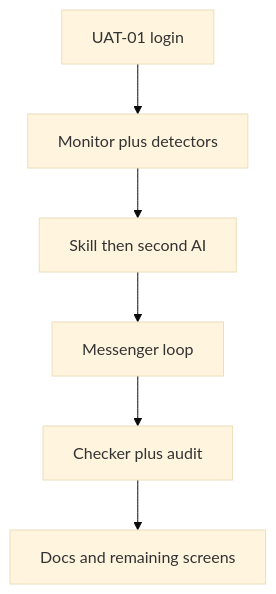
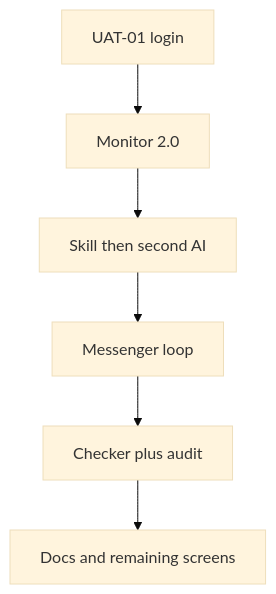
The diagram in platform/docs/UAT.md (hxyan2020/PRD), drawn with Mermaid (base theme) before and after one commit. The commit also changed other lines of this file and 2 other files, not shown here.

First line of the commit message:
Retarget UAT cases to Realtime Alert & Tracker and Monitor 2.0

````diff
--- a/platform/docs/UAT.md
+++ b/platform/docs/UAT.md
@@ -18,8 +18,8 @@
 ```mermaid
 graph TD
-  Login[UAT-01 login] --> Mon[Monitor plus detectors]
+  Login[UAT-01 login] --> Mon[Monitor 2.0]
   Mon --> AI[Skill then second AI]
   AI --> Msg[Messenger loop]
   Msg --> Gate[Checker plus audit]
   Gate --> Docs[Docs and remaining screens]
 ```
````
